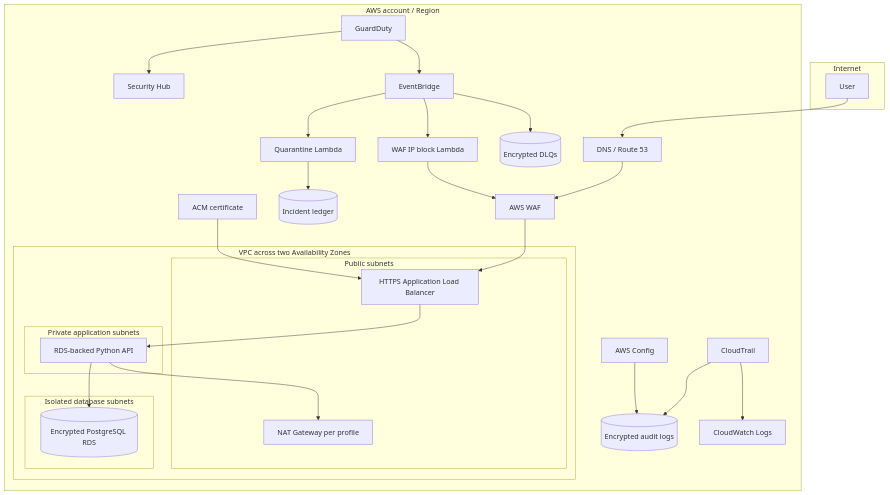
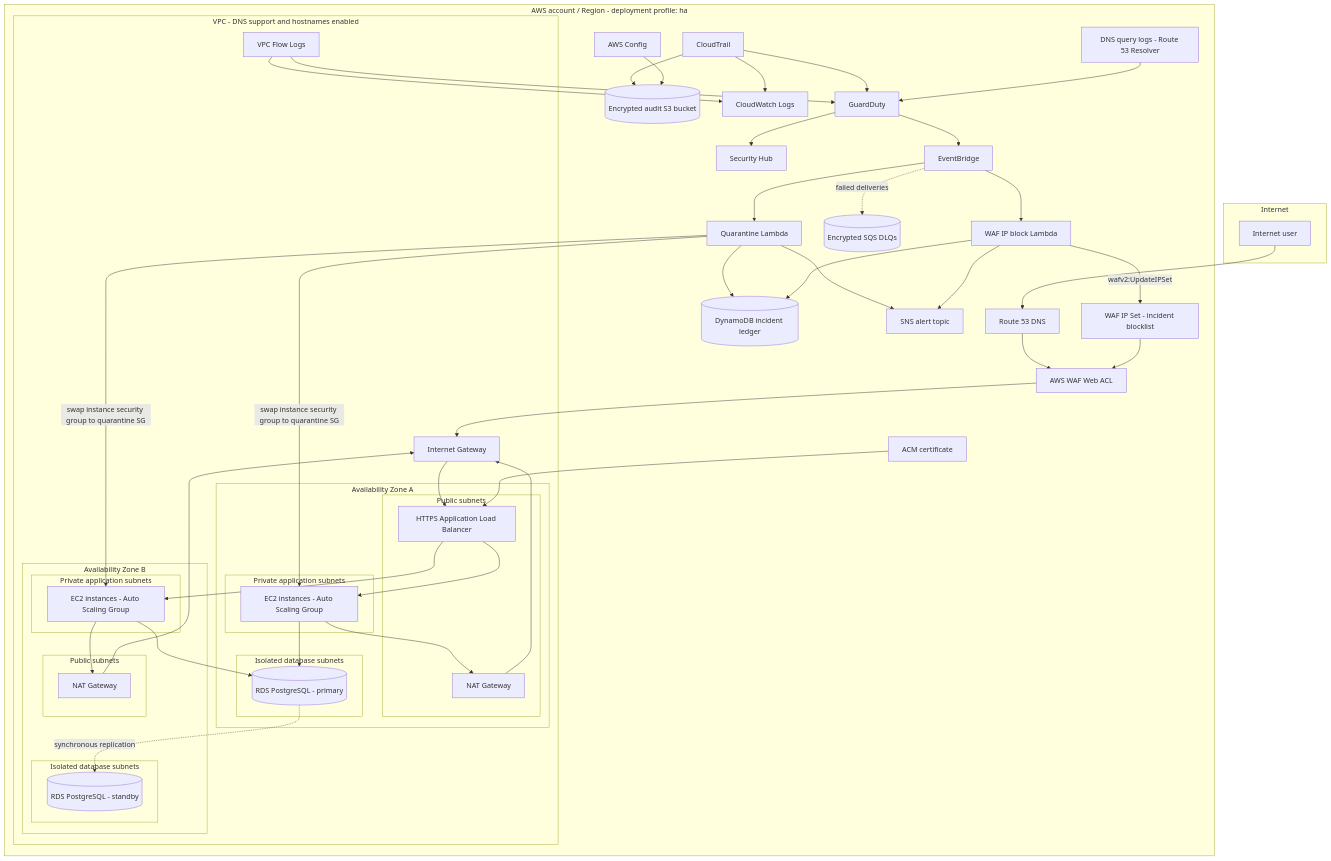
The diagram in architecture/sentinelaws.mmd (abdelkader-benaissi/sentinelaws), drawn with Mermaid before and after one commit. The commit also changed 3 other files, not shown here.

First line of the commit message:
docs: redraw architecture diagram with official AWS icons

```diff
--- a/architecture/sentinelaws.mmd
+++ b/architecture/sentinelaws.mmd
@@ -1,49 +1,92 @@
 flowchart TB
   subgraph Internet
-    U[User]
+    User[Internet user]
   end
 
-  subgraph AWS["AWS account / Region"]
-    R53[DNS / Route 53]
+  subgraph AWS["AWS account / Region - deployment profile: ha"]
+    R53[Route 53 DNS]
     ACM[ACM certificate]
-    WAF[AWS WAF]
+    WAF[AWS WAF Web ACL]
 
-    subgraph VPC["VPC across two Availability Zones"]
-      subgraph Public[Public subnets]
-        ALB[HTTPS Application Load Balancer]
-        NAT[NAT Gateway per profile]
+    subgraph VPC["VPC - DNS support and hostnames enabled"]
+      IGW[Internet Gateway]
+
+      subgraph AZA["Availability Zone A"]
+        subgraph PubA["Public subnets"]
+          ALB[HTTPS Application Load Balancer]
+          NATA[NAT Gateway]
+        end
+        subgraph AppA["Private application subnets"]
+          EC2A[EC2 instances - Auto Scaling Group]
+        end
+        subgraph DbA["Isolated database subnets"]
+          RDSPrimary[(RDS PostgreSQL - primary)]
+        end
       end
 
-      subgraph App[Private application subnets]
-        ASG[RDS-backed Python API]
+      subgraph AZB["Availability Zone B"]
+        subgraph PubB["Public subnets"]
+          NATB[NAT Gateway]
+        end
+        subgraph AppB["Private application subnets"]
+          EC2B[EC2 instances - Auto Scaling Group]
+        end
+        subgraph DbB["Isolated database subnets"]
+          RDSStandby[(RDS PostgreSQL - standby)]
+        end
       end
 
-      subgraph Data[Isolated database subnets]
-        RDS[(Encrypted PostgreSQL RDS)]
-      end
+      FlowLogs[VPC Flow Logs]
     end
+
+    CT[CloudTrail]
+    DNSLogs[DNS query logs - Route 53 Resolver]
+    CFG[AWS Config]
+    S3[(Encrypted audit S3 bucket)]
+    CW[CloudWatch Logs]
 
     GD[GuardDuty]
     SH[Security Hub]
-    CFG[AWS Config]
     EB[EventBridge]
     LQ[Quarantine Lambda]
     LW[WAF IP block Lambda]
-    DDB[(Incident ledger)]
-    DLQ[(Encrypted DLQs)]
-    CT[CloudTrail]
-    CW[CloudWatch Logs]
-    S3[(Encrypted audit logs)]
+    IPSet[WAF IP Set - incident blocklist]
+    DDB[(DynamoDB incident ledger)]
+    SNS[SNS alert topic]
+    DLQ[(Encrypted SQS DLQs)]
   end
 
-  U --> R53 --> WAF --> ALB --> ASG --> RDS
+  %% Request path
+  User --> R53 --> WAF --> IGW --> ALB
   ACM --> ALB
-  ASG --> NAT
+  ALB --> EC2A
+  ALB --> EC2B
+  EC2A --> RDSPrimary
+  EC2B --> RDSPrimary
+  RDSPrimary -. synchronous replication .-> RDSStandby
+  EC2A --> NATA --> IGW
+  EC2B --> NATB --> IGW
+
+  %% Detection inputs - GuardDuty ingests all three natively
+  CT --> GD
+  FlowLogs --> GD
+  DNSLogs --> GD
+  CT --> S3
+  CT --> CW
+  FlowLogs --> CW
+  CFG --> S3
+
+  %% Automated response
   GD --> SH
   GD --> EB
-  EB --> LQ --> DDB
-  EB --> LW --> WAF
-  EB --> DLQ
-  CFG --> S3
-  CT --> S3
-  CT --> CW
+  EB --> LQ
+  EB --> LW
+  LQ -- "swap instance security group to quarantine SG" --> EC2A
+  LQ -- "swap instance security group to quarantine SG" --> EC2B
+  LW -- "wafv2:UpdateIPSet" --> IPSet
+  IPSet --> WAF
+  LQ --> DDB
+  LW --> DDB
+  LQ --> SNS
+  LW --> SNS
+  EB -. failed deliveries .-> DLQ
```
